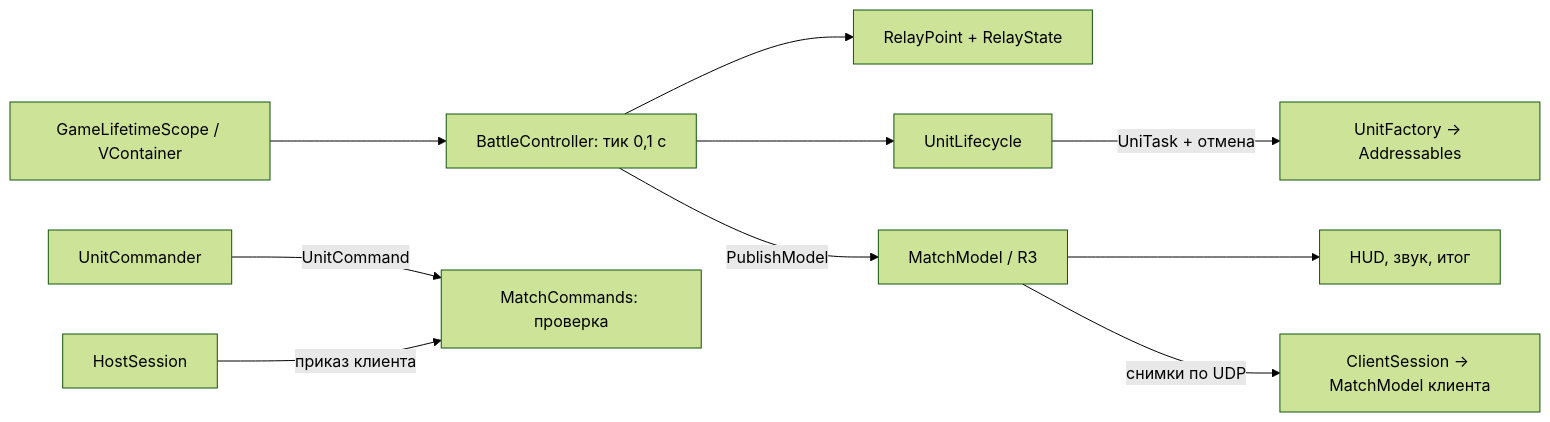
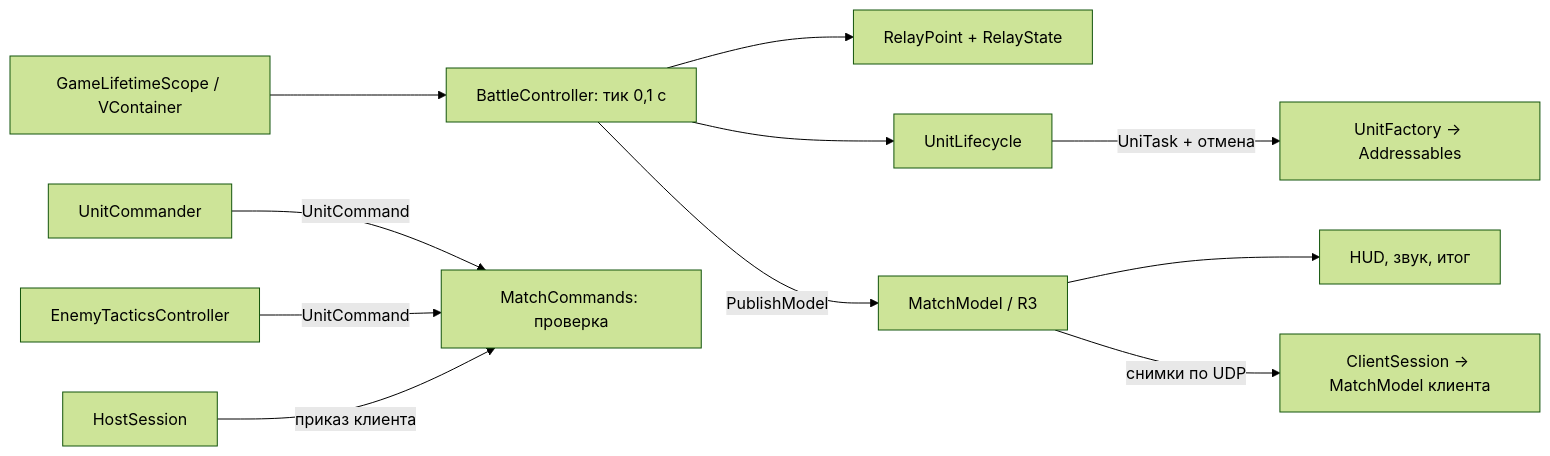
Before and after one commit to ZheleznovAG/SectorLab: the diagram in README.md, drawn with Mermaid (forest theme). The commit also changed other lines of this file and 4 other files, not shown here.

````diff
--- a/README.md
+++ b/README.md
@@ -48,12 +52,13 @@
 ```mermaid
 flowchart LR
     Scope[GameLifetimeScope / VContainer] --> Battle[BattleController: тик 0,1 с]
     Battle --> Relays[RelayPoint + RelayState]
     Battle --> Life[UnitLifecycle]
     Life -->|UniTask + отмена| Factory[UnitFactory → Addressables]
     Battle -->|PublishModel| Model[MatchModel / R3]
     Model --> View[HUD, звук, итог]
     Commander[UnitCommander] -->|UnitCommand| Commands[MatchCommands: проверка]
+    AI[EnemyTacticsController] -->|UnitCommand| Commands
     Host[HostSession] -->|приказ клиента| Commands
     Model -->|снимки по UDP| Client[ClientSession → MatchModel клиента]
 ```
````
